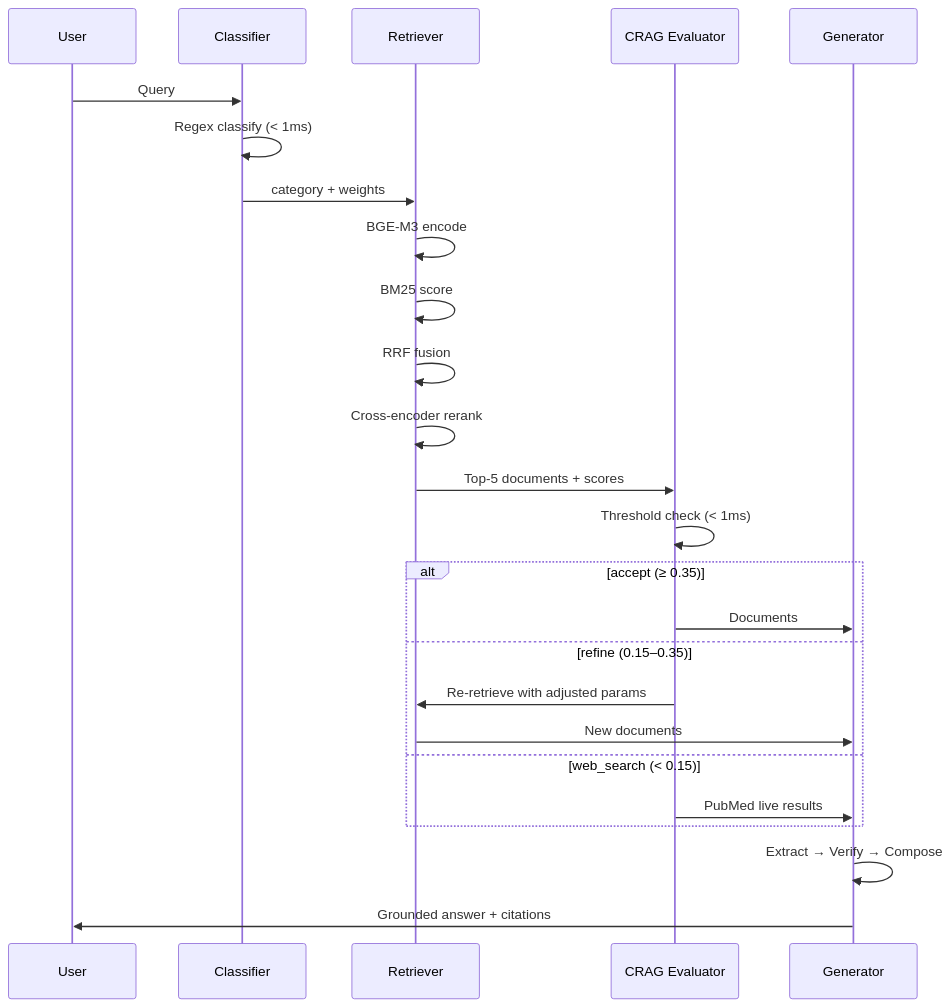
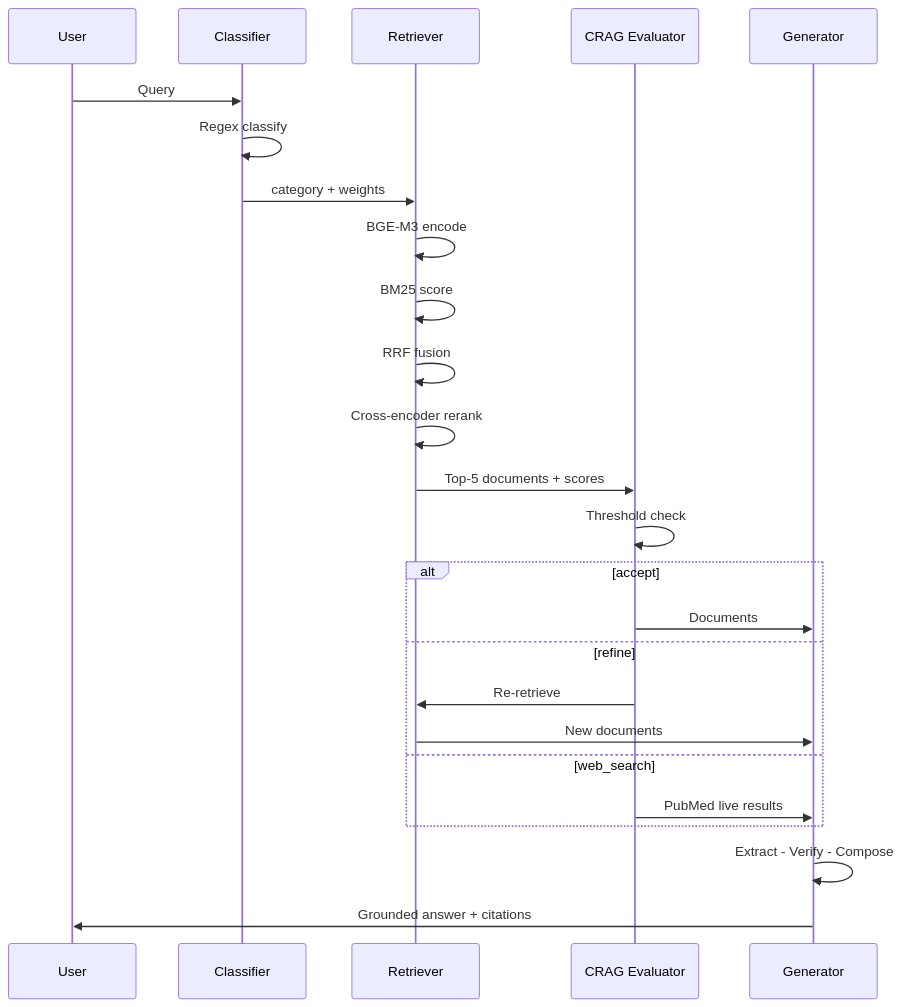
One commit to yughiyami/rag_medicinal_plants changed the third of 8 diagrams in README.md. Above: the diagram before and after it, drawn with Mermaid. The commit also changed other lines of this file, not shown here.

Commit message:
fix: use ASCII-only chars in Mermaid diagrams for GitHub rendering

````diff
--- a/README.md
+++ b/README.md
@@ -78,28 +78,28 @@
 ```mermaid
 sequenceDiagram
     participant U as User
     participant C as Classifier
     participant R as Retriever
     participant E as CRAG Evaluator
     participant G as Generator
 
     U->>C: Query
-    C->>C: Regex classify (< 1ms)
+    C->>C: Regex classify
     C->>R: category + weights
     R->>R: BGE-M3 encode
     R->>R: BM25 score
     R->>R: RRF fusion
     R->>R: Cross-encoder rerank
     R->>E: Top-5 documents + scores
-    E->>E: Threshold check (< 1ms)
-    alt accept (≥ 0.35)
+    E->>E: Threshold check
+    alt accept
         E->>G: Documents
-    else refine (0.15–0.35)
-        E->>R: Re-retrieve with adjusted params
+    else refine
+        E->>R: Re-retrieve
         R->>G: New documents
-    else web_search (< 0.15)
+    else web_search
         E->>G: PubMed live results
     end
-    G->>G: Extract → Verify → Compose
+    G->>G: Extract - Verify - Compose
     G->>U: Grounded answer + citations
 ```
````
